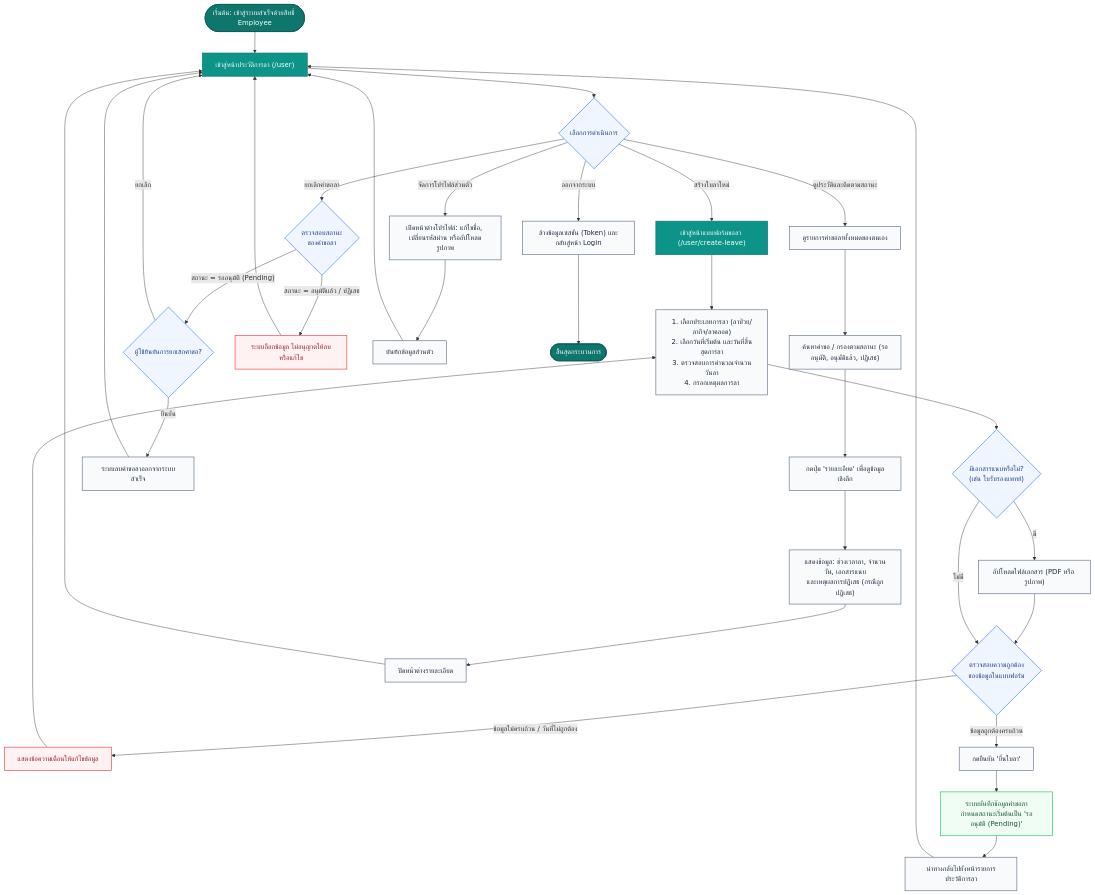
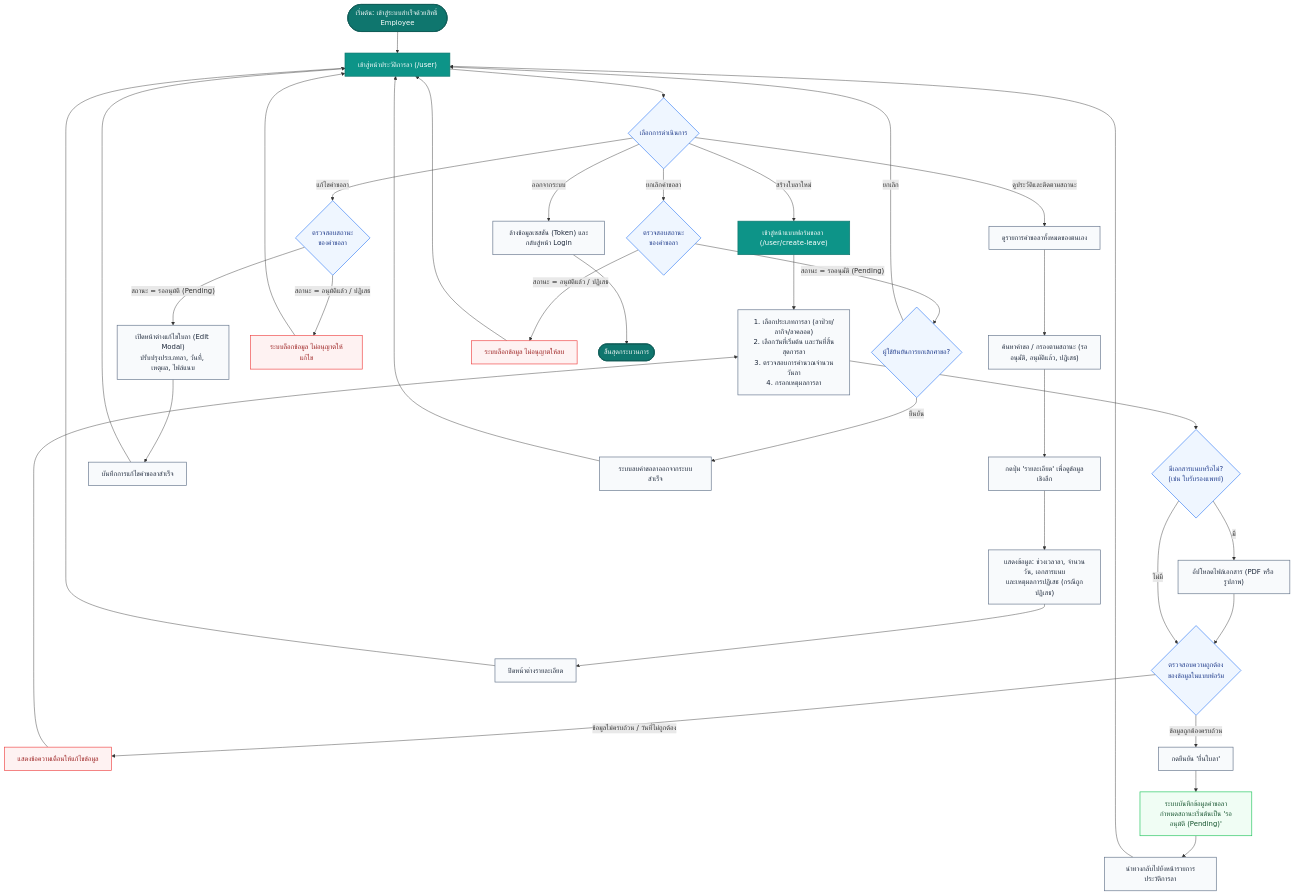
Before and after one commit to CoCoa-luck-hat/Eleave-DevOps: the diagram in docs/3-user-level-1-flow.md, drawn with Mermaid. The commit also changed other lines of this file and 27 other files, not shown here.

````diff
--- a/docs/3-user-level-1-flow.md
+++ b/docs/3-user-level-1-flow.md
@@ -9,52 +9,56 @@
 ```mermaid
 flowchart TD
     Start(["เริ่มต้น: เข้าสู่ระบบสำเร็จด้วยสิทธิ์ Employee"]) --> UserDashboard["เข้าสู่หน้าประวัติการลา (/user)"]
     
     UserDashboard --> MainAction{"เลือกการดำเนินการ"}
     
     %% เส้นทาง 1: ยื่นใบลาใหม่
     MainAction -- "สร้างใบลาใหม่" --> CreatePage["เข้าสู่หน้าแบบฟอร์มขอลา (/user/create-leave)"]
     CreatePage --> FillForm["1. เลือกประเภทการลา (ลาป่วย/ลากิจ/ลาคลอด)<br/>2. เลือกวันที่เริ่มต้น และวันที่สิ้นสุดการลา<br/>3. ตรวจสอบการคำนวณจำนวนวันลา<br/>4. กรอกเหตุผลการลา"]
     FillForm --> HasFile{"มีเอกสารแนบหรือไม่?<br/>(เช่น ใบรับรองแพทย์)"}
     HasFile -- "มี" --> UploadFile["อัปโหลดไฟล์เอกสาร (PDF หรือ รูปภาพ)"] --> ValidateForm
     HasFile -- "ไม่มี" --> ValidateForm{"ตรวจสอบความถูกต้อง<br/>ของข้อมูลในแบบฟอร์ม"}
     
     ValidateForm -- "ข้อมูลไม่ครบถ้วน / วันที่ไม่ถูกต้อง" --> ShowFormError["แสดงข้อความเตือนให้แก้ไขข้อมูล"] --> FillForm
     ValidateForm -- "ข้อมูลถูกต้องครบถ้วน" --> SubmitLeave["กดยืนยัน 'ยื่นใบลา'"]
     SubmitLeave --> SaveLeaveSuccess["ระบบบันทึกข้อมูลคำขอลา<br/>กำหนดสถานะเริ่มต้นเป็น 'รออนุมัติ (Pending)'"]
     SaveLeaveSuccess --> BackToDashboard["นำทางกลับไปยังหน้ารายการประวัติการลา"] --> UserDashboard
 
     %% เส้นทาง 2: ตรวจสอบและติดตามประวัติการลา
     MainAction -- "ดูประวัติและติดตามสถานะ" --> ViewHistory["ดูรายการคำขอลาทั้งหมดของตนเอง"]
     ViewHistory --> FilterSearch["ค้นหาคำขอ / กรองตามสถานะ (รออนุมัติ, อนุมัติแล้ว, ปฏิเสธ)"]
     FilterSearch --> ClickDetail["กดปุ่ม 'รายละเอียด' เพื่อดูข้อมูลเชิงลึก"]
     ClickDetail --> ShowDetailModal["แสดงข้อมูล: ช่วงเวลาลา, จำนวนวัน, เอกสารแนบ<br/>และเหตุผลการปฏิเสธ (กรณีถูกปฏิเสธ)"]
     ShowDetailModal --> CloseModal["ปิดหน้าต่างรายละเอียด"] --> UserDashboard
 
-    %% เส้นทาง 3: การยกเลิก/ลบคำขอลา
+    %% เส้นทาง 3: การแก้ไขคำขอลา
+    MainAction -- "แก้ไขคำขอลา" --> CheckEditStatus{"ตรวจสอบสถานะ<br/>ของคำขอลา"}
+    CheckEditStatus -- "สถานะ = รออนุมัติ (Pending)" --> OpenEditModal["เปิดหน้าต่างแก้ไขใบลา (Edit Modal)<br/>ปรับปรุงประเภทลา, วันที่, เหตุผล, ไฟล์แนบ"]
+    OpenEditModal --> SaveEditLeave["บันทึกการแก้ไขคำขอลาสำเร็จ"] --> UserDashboard
+    CheckEditStatus -- "สถานะ = อนุมัติแล้ว / ปฏิเสธ" --> CannotEdit["ระบบล็อกข้อมูล ไม่อนุญาตให้แก้ไข"] --> UserDashboard
+
+    %% เส้นทาง 4: การยกเลิก/ลบคำขอลา
     MainAction -- "ยกเลิกคำขอลา" --> CheckLeaveStatus{"ตรวจสอบสถานะ<br/>ของคำขอลา"}
     CheckLeaveStatus -- "สถานะ = รออนุมัติ (Pending)" --> ConfirmDelete{"ผู้ใช้ยืนยันการยกเลิกคำขอ?"}
     ConfirmDelete -- "ยืนยัน" --> DeletePendingLeave["ระบบลบคำขอลาออกจากระบบสำเร็จ"] --> UserDashboard
     ConfirmDelete -- "ยกเลิก" --> UserDashboard
-    CheckLeaveStatus -- "สถานะ = อนุมัติแล้ว / ปฏิเสธ" --> CannotDelete["ระบบล็อกข้อมูล ไม่อนุญาตให้ลบหรือแก้ไข"] --> UserDashboard
+    CheckLeaveStatus -- "สถานะ = อนุมัติแล้ว / ปฏิเสธ" --> CannotDelete["ระบบล็อกข้อมูล ไม่อนุญาตให้ลบ"] --> UserDashboard
 
-    %% เส้นทาง 4: จัดการโปรไฟล์ และ ออกจากระบบ
-    MainAction -- "จัดการโปรไฟล์ส่วนตัว" --> ProfileModal["เปิดหน้าต่างโปรไฟล์: แก้ไขชื่อ, เปลี่ยนรหัสผ่าน หรืออัปโหลดรูปภาพ"]
-    ProfileModal --> UpdateProfile["บันทึกข้อมูลส่วนตัว"] --> UserDashboard
+    %% เส้นทาง 5: ออกจากระบบ
     MainAction -- "ออกจากระบบ" --> Logout["ล้างข้อมูลเซสชัน (Token) และกลับสู่หน้า Login"]
     Logout --> End(["สิ้นสุดกระบวนการ"])
 
     classDef startEnd fill:#0f766e,stroke:#115e59,stroke-width:2px,color:#ffffff;
     classDef mainNode fill:#0d9488,stroke:#0f766e,stroke-width:1.5px,color:#ffffff;
     classDef decision fill:#eff6ff,stroke:#3b82f6,stroke-width:1.5px,color:#1e3a8a;
     classDef actionNode fill:#f8fafc,stroke:#64748b,stroke-width:1.5px,color:#1e293b;
     classDef successNode fill:#f0fdf4,stroke:#22c55e,stroke-width:1.5px,color:#14532d;
     classDef errorNode fill:#fef2f2,stroke:#ef4444,stroke-width:1.5px,color:#991b1b;
 
     class Start,End startEnd;
     class UserDashboard,CreatePage mainNode;
-    class MainAction,HasFile,ValidateForm,CheckLeaveStatus,ConfirmDelete decision;
-    class FillForm,UploadFile,SubmitLeave,ViewHistory,FilterSearch,ClickDetail,ShowDetailModal,CloseModal,DeletePendingLeave,ProfileModal,UpdateProfile,Logout,BackToDashboard actionNode;
+    class MainAction,HasFile,ValidateForm,CheckEditStatus,CheckLeaveStatus,ConfirmDelete decision;
+    class FillForm,UploadFile,SubmitLeave,ViewHistory,FilterSearch,ClickDetail,ShowDetailModal,CloseModal,OpenEditModal,SaveEditLeave,DeletePendingLeave,Logout,BackToDashboard actionNode;
     class SaveLeaveSuccess successNode;
-    class ShowFormError,CannotDelete errorNode;
+    class ShowFormError,CannotEdit,CannotDelete errorNode;
 ```
````
